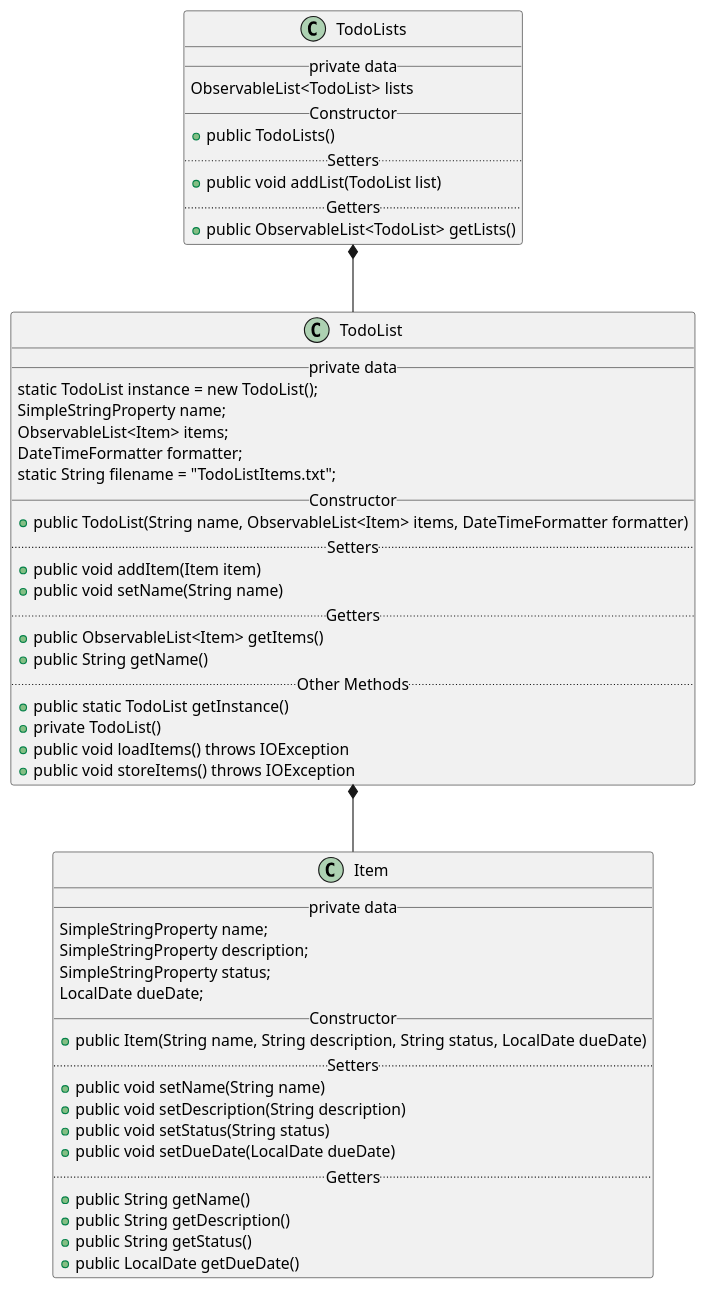
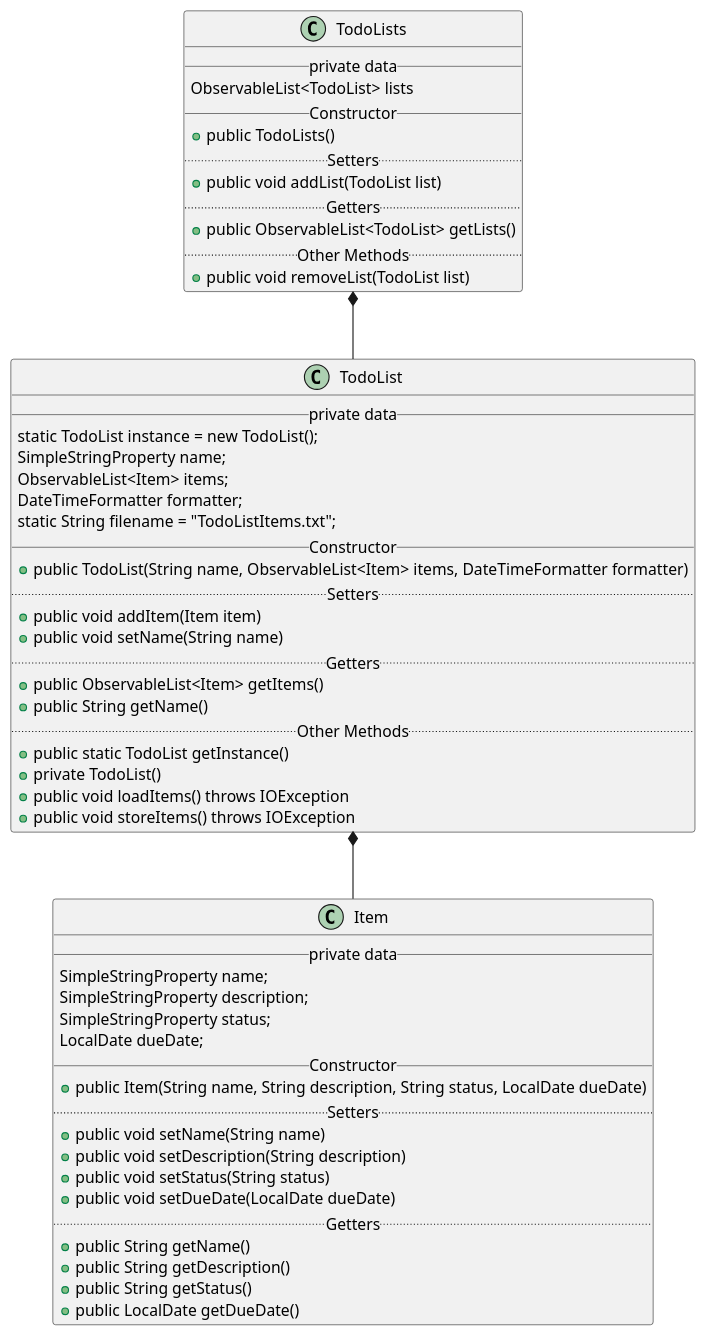
The diagram in uml/UMLClassDiagrams.puml (psottomayorpereir/sottomayorpereiradasilva-cop3330-assignment4part2), drawn with PlantUML before and after one commit. The commit also changed 3 other files, not shown here.

```diff
--- a/uml/UMLClassDiagrams.puml
+++ b/uml/UMLClassDiagrams.puml
@@ -1,58 +1,60 @@
 @startuml
 class Item{
 __private data__
 SimpleStringProperty name;
 SimpleStringProperty description;
 SimpleStringProperty status;
 LocalDate dueDate;
 __Constructor__
 +public Item(String name, String description, String status, LocalDate dueDate)
 ..Setters..
 +public void setName(String name)
 +public void setDescription(String description)
 +public void setStatus(String status)
 +public void setDueDate(LocalDate dueDate)
 ..Getters..
 +public String getName()
 +public String getDescription()
 +public String getStatus()
 +public LocalDate getDueDate()
 }
 
 TodoList *-- Item
 
 class TodoList{
 __private data__
 static TodoList instance = new TodoList();
 SimpleStringProperty name;
 ObservableList<Item> items;
 DateTimeFormatter formatter;
 static String filename = "TodoListItems.txt";
 __Constructor__
 +public TodoList(String name, ObservableList<Item> items, DateTimeFormatter formatter)
 ..Setters..
 +public void addItem(Item item)
 +public void setName(String name)
 ..Getters..
 +public ObservableList<Item> getItems()
 +public String getName()
 ..Other Methods..
 +public static TodoList getInstance()
 +private TodoList()
 +public void loadItems() throws IOException
 +public void storeItems() throws IOException
 }
 
 TodoLists *-- TodoList
 
 class TodoLists{
 __private data__
 ObservableList<TodoList> lists
 __Constructor__
 +public TodoLists()
 ..Setters..
 +public void addList(TodoList list)
 ..Getters..
 +public ObservableList<TodoList> getLists()
+..Other Methods..
++public void removeList(TodoList list)
 }
 @enduml
```
